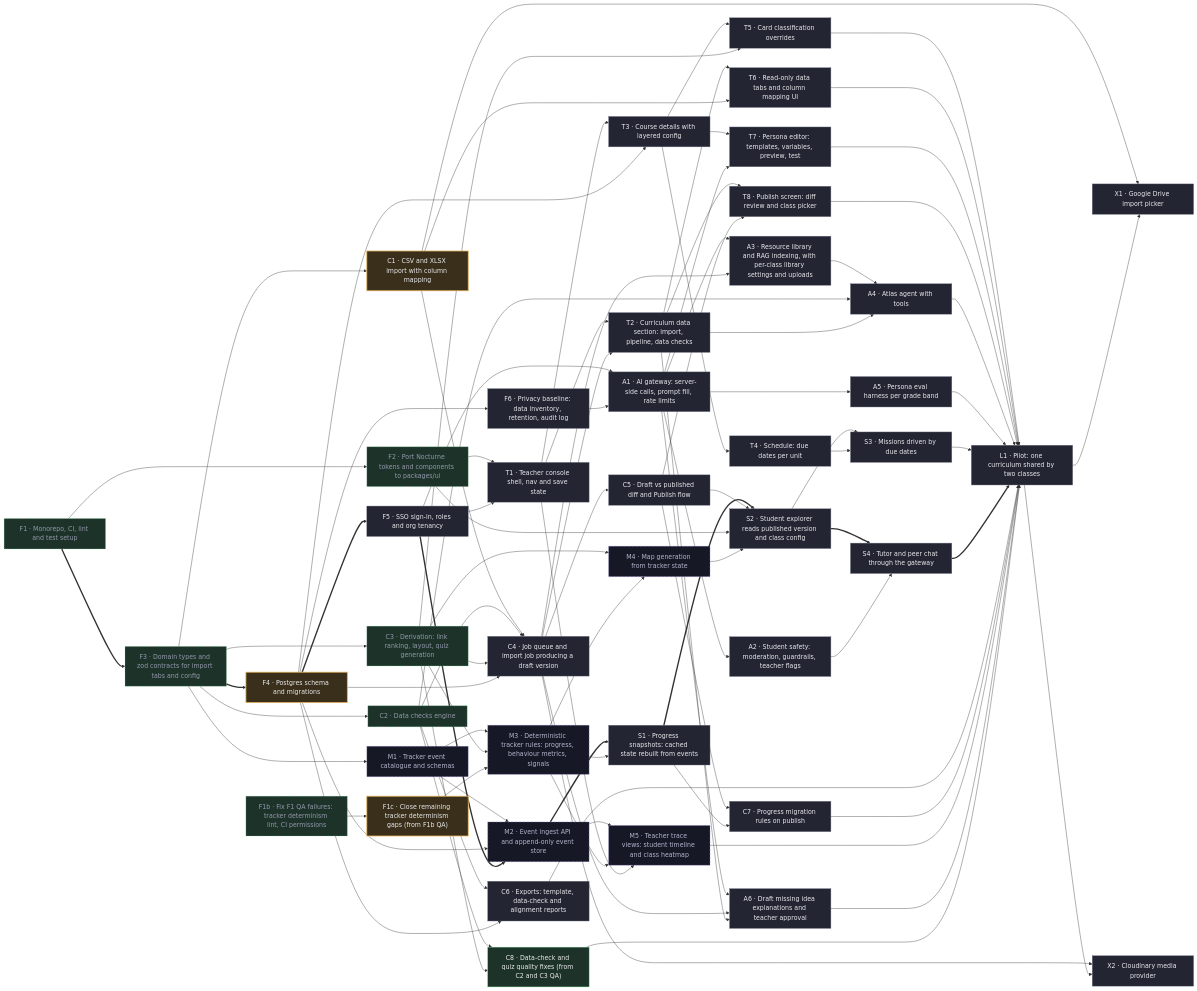
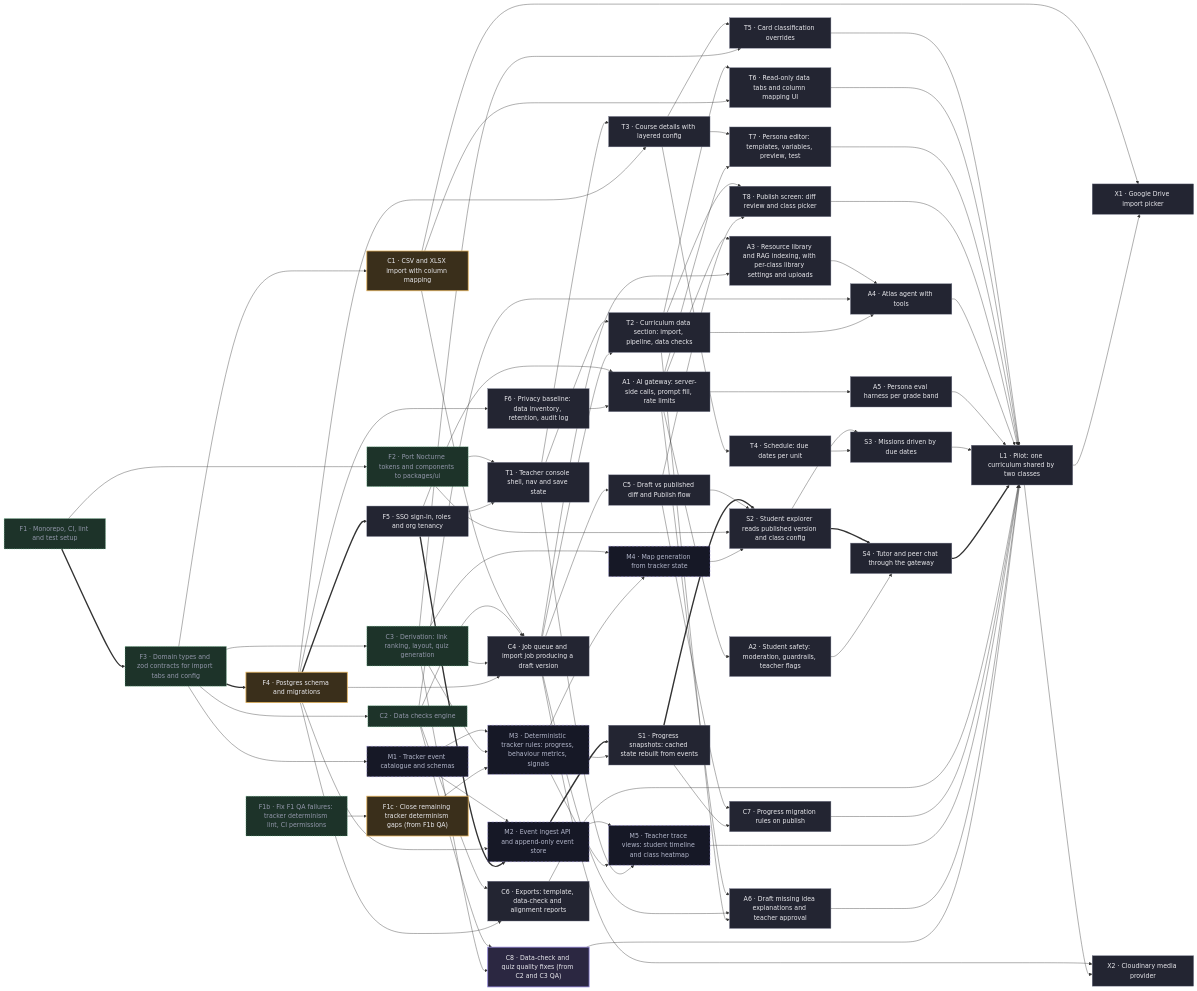
One commit to tenkevin/mind-your-tutor changed the diagram in docs/PLAN.md. Above: the diagram before and after it, drawn with Mermaid. The commit also changed other lines of this file and 1 other file, not shown here.

````diff
--- a/docs/PLAN.md
+++ b/docs/PLAN.md
@@ -218,8 +215,8 @@
   classDef done fill:#1d3329,stroke:#6fcf97,color:#9397ab,stroke-dasharray:3 3
   classDef spec fill:#161826,stroke:#968ae0,color:#b2b6ca,stroke-dasharray:6 4
   class F5,F6,C4,C5,C6,C7,T1,T2,T3,T4,T5,T6,T7,T8,A1,A2,A3,A4,A5,A6,S1,S2,S3,S4,L1,X1,X2 todo
+  class C8 doing
   class F1c,F4,C1 review
   class F1,F1b,F2,F3,C2,C3 done
-  class C8 ready
   class M1,M2,M3,M4,M5 spec
 ```
````
